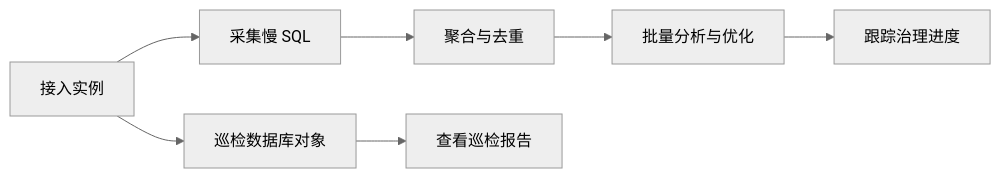
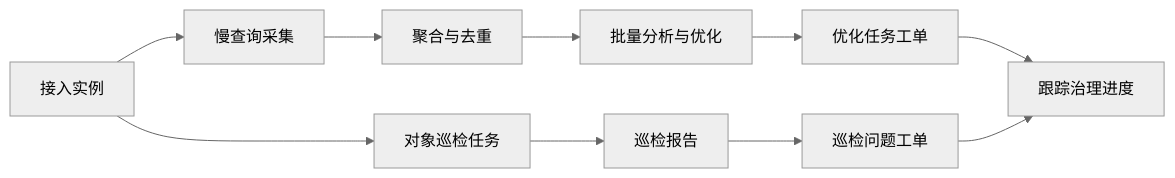
Before and after one commit to PawSQL/pawsql-docs-mantlify: the diagram in docs/user-guide/performance/index.mdx, drawn with Mermaid (neutral theme). The commit also changed other lines of this file and 19 other files, not shown here.

````diff
--- a/docs/user-guide/performance/index.mdx
+++ b/docs/user-guide/performance/index.mdx
@@ -49,9 +64,12 @@
 ```mermaid
 flowchart LR
-    A["接入实例"] --> B["采集慢 SQL"]
-    A --> C["巡检数据库对象"]
+    A["接入实例"] --> B["慢查询采集"]
+    A --> C["对象巡检任务"]
     B --> D["聚合与去重"]
     D --> E["批量分析与优化"]
-    C --> F["查看巡检报告"]
-    E --> G["跟踪治理进度"]
+    E --> F["优化任务工单"]
+    C --> G["巡检报告"]
+    G --> H["巡检问题工单"]
+    F --> I["跟踪治理进度"]
+    H --> I
 ```
````
